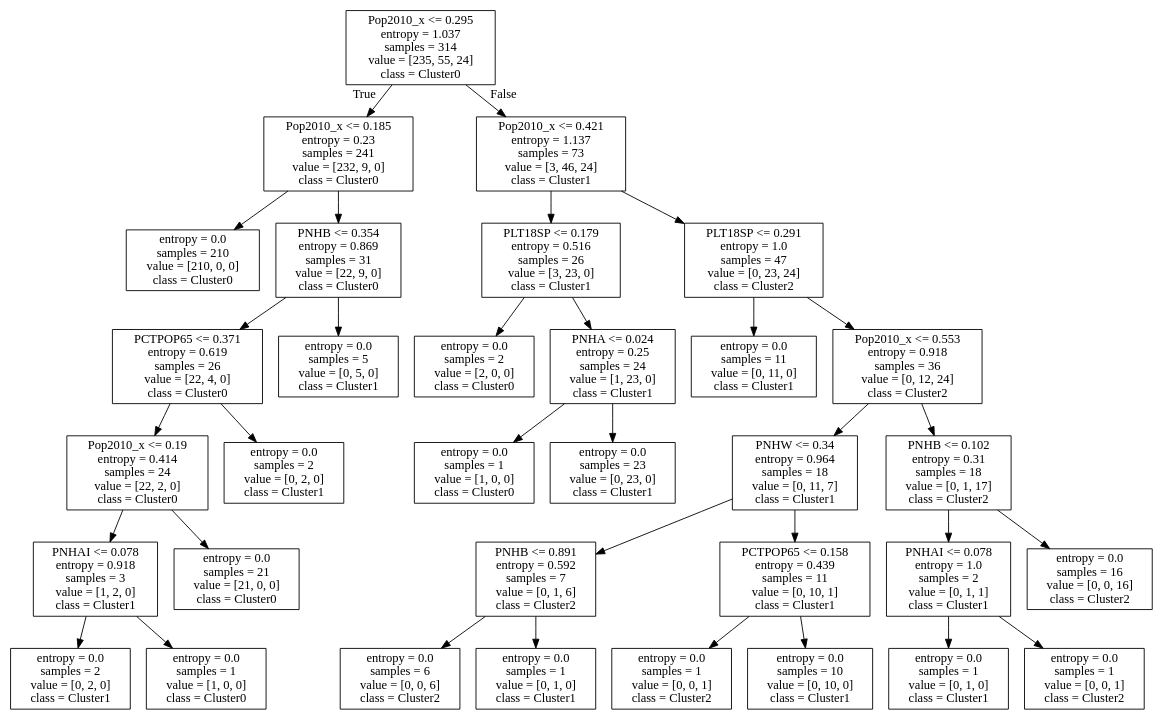
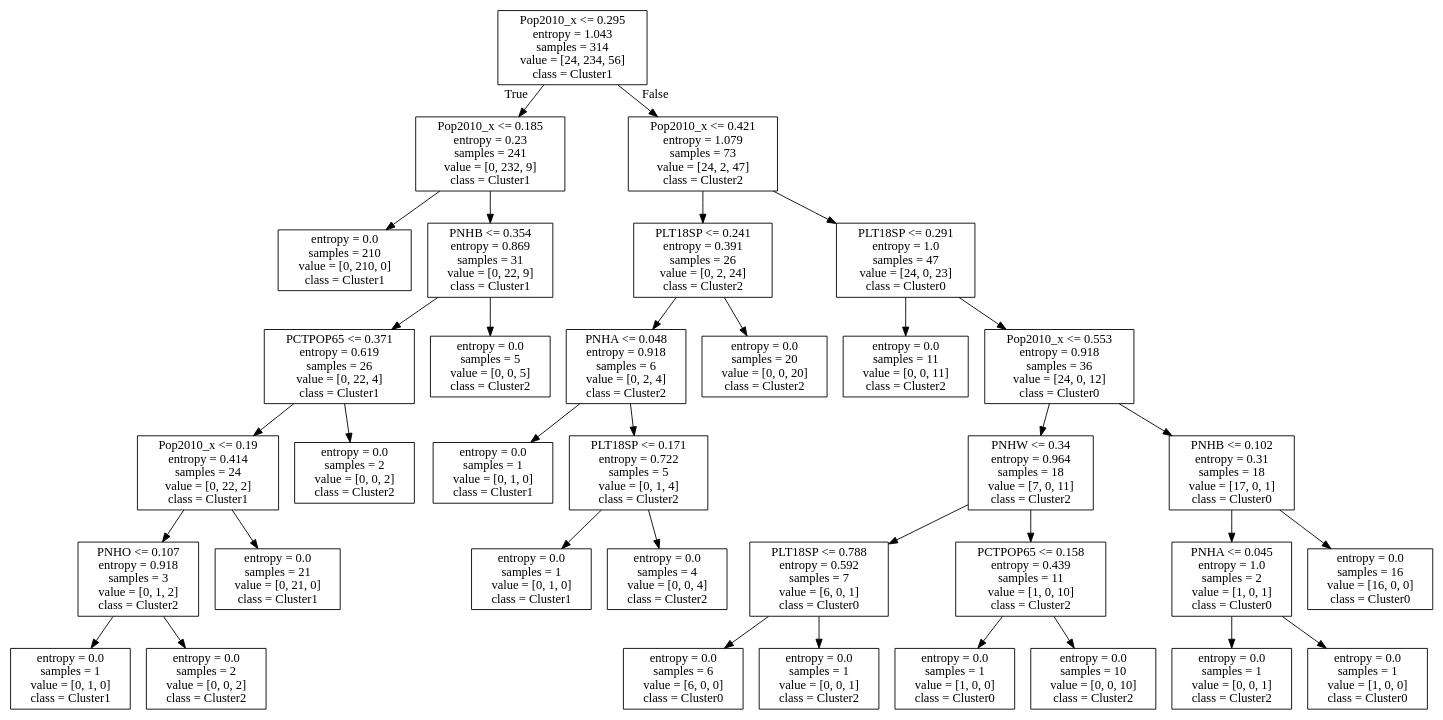
Before and after one commit to arunkulkarni95/COSC467_FinalProject: the diagram in tree_entropy.dot, drawn with Graphviz. The commit also changed 19 other files, not shown here.

```diff
--- a/tree_entropy.dot
+++ b/tree_entropy.dot
@@ -1,68 +1,72 @@
 digraph Tree {
 node [shape=box] ;
-0 [label="Pop2010_x <= 0.295\nentropy = 1.037\nsamples = 314\nvalue = [235, 55, 24]\nclass = Cluster0"] ;
-1 [label="Pop2010_x <= 0.185\nentropy = 0.23\nsamples = 241\nvalue = [232, 9, 0]\nclass = Cluster0"] ;
+0 [label="Pop2010_x <= 0.295\nentropy = 1.043\nsamples = 314\nvalue = [24, 234, 56]\nclass = Cluster1"] ;
+1 [label="Pop2010_x <= 0.185\nentropy = 0.23\nsamples = 241\nvalue = [0, 232, 9]\nclass = Cluster1"] ;
 0 -> 1 [labeldistance=2.5, labelangle=45, headlabel="True"] ;
-2 [label="entropy = 0.0\nsamples = 210\nvalue = [210, 0, 0]\nclass = Cluster0"] ;
+2 [label="entropy = 0.0\nsamples = 210\nvalue = [0, 210, 0]\nclass = Cluster1"] ;
 1 -> 2 ;
-3 [label="PNHB <= 0.354\nentropy = 0.869\nsamples = 31\nvalue = [22, 9, 0]\nclass = Cluster0"] ;
+3 [label="PNHB <= 0.354\nentropy = 0.869\nsamples = 31\nvalue = [0, 22, 9]\nclass = Cluster1"] ;
 1 -> 3 ;
-4 [label="PCTPOP65 <= 0.371\nentropy = 0.619\nsamples = 26\nvalue = [22, 4, 0]\nclass = Cluster0"] ;
+4 [label="PCTPOP65 <= 0.371\nentropy = 0.619\nsamples = 26\nvalue = [0, 22, 4]\nclass = Cluster1"] ;
 3 -> 4 ;
-5 [label="Pop2010_x <= 0.19\nentropy = 0.414\nsamples = 24\nvalue = [22, 2, 0]\nclass = Cluster0"] ;
+5 [label="Pop2010_x <= 0.19\nentropy = 0.414\nsamples = 24\nvalue = [0, 22, 2]\nclass = Cluster1"] ;
 4 -> 5 ;
-6 [label="PNHAI <= 0.078\nentropy = 0.918\nsamples = 3\nvalue = [1, 2, 0]\nclass = Cluster1"] ;
+6 [label="PNHO <= 0.107\nentropy = 0.918\nsamples = 3\nvalue = [0, 1, 2]\nclass = Cluster2"] ;
 5 -> 6 ;
-7 [label="entropy = 0.0\nsamples = 2\nvalue = [0, 2, 0]\nclass = Cluster1"] ;
+7 [label="entropy = 0.0\nsamples = 1\nvalue = [0, 1, 0]\nclass = Cluster1"] ;
 6 -> 7 ;
-8 [label="entropy = 0.0\nsamples = 1\nvalue = [1, 0, 0]\nclass = Cluster0"] ;
+8 [label="entropy = 0.0\nsamples = 2\nvalue = [0, 0, 2]\nclass = Cluster2"] ;
 6 -> 8 ;
-9 [label="entropy = 0.0\nsamples = 21\nvalue = [21, 0, 0]\nclass = Cluster0"] ;
+9 [label="entropy = 0.0\nsamples = 21\nvalue = [0, 21, 0]\nclass = Cluster1"] ;
 5 -> 9 ;
-10 [label="entropy = 0.0\nsamples = 2\nvalue = [0, 2, 0]\nclass = Cluster1"] ;
+10 [label="entropy = 0.0\nsamples = 2\nvalue = [0, 0, 2]\nclass = Cluster2"] ;
 4 -> 10 ;
-11 [label="entropy = 0.0\nsamples = 5\nvalue = [0, 5, 0]\nclass = Cluster1"] ;
+11 [label="entropy = 0.0\nsamples = 5\nvalue = [0, 0, 5]\nclass = Cluster2"] ;
 3 -> 11 ;
-12 [label="Pop2010_x <= 0.421\nentropy = 1.137\nsamples = 73\nvalue = [3, 46, 24]\nclass = Cluster1"] ;
+12 [label="Pop2010_x <= 0.421\nentropy = 1.079\nsamples = 73\nvalue = [24, 2, 47]\nclass = Cluster2"] ;
 0 -> 12 [labeldistance=2.5, labelangle=-45, headlabel="False"] ;
-13 [label="PLT18SP <= 0.179\nentropy = 0.516\nsamples = 26\nvalue = [3, 23, 0]\nclass = Cluster1"] ;
+13 [label="PLT18SP <= 0.241\nentropy = 0.391\nsamples = 26\nvalue = [0, 2, 24]\nclass = Cluster2"] ;
 12 -> 13 ;
-14 [label="entropy = 0.0\nsamples = 2\nvalue = [2, 0, 0]\nclass = Cluster0"] ;
+14 [label="PNHA <= 0.048\nentropy = 0.918\nsamples = 6\nvalue = [0, 2, 4]\nclass = Cluster2"] ;
 13 -> 14 ;
-15 [label="PNHA <= 0.024\nentropy = 0.25\nsamples = 24\nvalue = [1, 23, 0]\nclass = Cluster1"] ;
-13 -> 15 ;
-16 [label="entropy = 0.0\nsamples = 1\nvalue = [1, 0, 0]\nclass = Cluster0"] ;
-15 -> 16 ;
-17 [label="entropy = 0.0\nsamples = 23\nvalue = [0, 23, 0]\nclass = Cluster1"] ;
-15 -> 17 ;
-18 [label="PLT18SP <= 0.291\nentropy = 1.0\nsamples = 47\nvalue = [0, 23, 24]\nclass = Cluster2"] ;
-12 -> 18 ;
-19 [label="entropy = 0.0\nsamples = 11\nvalue = [0, 11, 0]\nclass = Cluster1"] ;
-18 -> 19 ;
-20 [label="Pop2010_x <= 0.553\nentropy = 0.918\nsamples = 36\nvalue = [0, 12, 24]\nclass = Cluster2"] ;
-18 -> 20 ;
-21 [label="PNHW <= 0.34\nentropy = 0.964\nsamples = 18\nvalue = [0, 11, 7]\nclass = Cluster1"] ;
+15 [label="entropy = 0.0\nsamples = 1\nvalue = [0, 1, 0]\nclass = Cluster1"] ;
+14 -> 15 ;
+16 [label="PLT18SP <= 0.171\nentropy = 0.722\nsamples = 5\nvalue = [0, 1, 4]\nclass = Cluster2"] ;
+14 -> 16 ;
+17 [label="entropy = 0.0\nsamples = 1\nvalue = [0, 1, 0]\nclass = Cluster1"] ;
+16 -> 17 ;
+18 [label="entropy = 0.0\nsamples = 4\nvalue = [0, 0, 4]\nclass = Cluster2"] ;
+16 -> 18 ;
+19 [label="entropy = 0.0\nsamples = 20\nvalue = [0, 0, 20]\nclass = Cluster2"] ;
+13 -> 19 ;
+20 [label="PLT18SP <= 0.291\nentropy = 1.0\nsamples = 47\nvalue = [24, 0, 23]\nclass = Cluster0"] ;
+12 -> 20 ;
+21 [label="entropy = 0.0\nsamples = 11\nvalue = [0, 0, 11]\nclass = Cluster2"] ;
 20 -> 21 ;
-22 [label="PNHB <= 0.891\nentropy = 0.592\nsamples = 7\nvalue = [0, 1, 6]\nclass = Cluster2"] ;
-21 -> 22 ;
-23 [label="entropy = 0.0\nsamples = 6\nvalue = [0, 0, 6]\nclass = Cluster2"] ;
+22 [label="Pop2010_x <= 0.553\nentropy = 0.918\nsamples = 36\nvalue = [24, 0, 12]\nclass = Cluster0"] ;
+20 -> 22 ;
+23 [label="PNHW <= 0.34\nentropy = 0.964\nsamples = 18\nvalue = [7, 0, 11]\nclass = Cluster2"] ;
 22 -> 23 ;
-24 [label="entropy = 0.0\nsamples = 1\nvalue = [0, 1, 0]\nclass = Cluster1"] ;
-22 -> 24 ;
-25 [label="PCTPOP65 <= 0.158\nentropy = 0.439\nsamples = 11\nvalue = [0, 10, 1]\nclass = Cluster1"] ;
-21 -> 25 ;
+24 [label="PLT18SP <= 0.788\nentropy = 0.592\nsamples = 7\nvalue = [6, 0, 1]\nclass = Cluster0"] ;
+23 -> 24 ;
+25 [label="entropy = 0.0\nsamples = 6\nvalue = [6, 0, 0]\nclass = Cluster0"] ;
+24 -> 25 ;
 26 [label="entropy = 0.0\nsamples = 1\nvalue = [0, 0, 1]\nclass = Cluster2"] ;
-25 -> 26 ;
-27 [label="entropy = 0.0\nsamples = 10\nvalue = [0, 10, 0]\nclass = Cluster1"] ;
-25 -> 27 ;
-28 [label="PNHB <= 0.102\nentropy = 0.31\nsamples = 18\nvalue = [0, 1, 17]\nclass = Cluster2"] ;
-20 -> 28 ;
-29 [label="PNHAI <= 0.078\nentropy = 1.0\nsamples = 2\nvalue = [0, 1, 1]\nclass = Cluster1"] ;
-28 -> 29 ;
-30 [label="entropy = 0.0\nsamples = 1\nvalue = [0, 1, 0]\nclass = Cluster1"] ;
-29 -> 30 ;
-31 [label="entropy = 0.0\nsamples = 1\nvalue = [0, 0, 1]\nclass = Cluster2"] ;
-29 -> 31 ;
-32 [label="entropy = 0.0\nsamples = 16\nvalue = [0, 0, 16]\nclass = Cluster2"] ;
-28 -> 32 ;
+24 -> 26 ;
+27 [label="PCTPOP65 <= 0.158\nentropy = 0.439\nsamples = 11\nvalue = [1, 0, 10]\nclass = Cluster2"] ;
+23 -> 27 ;
+28 [label="entropy = 0.0\nsamples = 1\nvalue = [1, 0, 0]\nclass = Cluster0"] ;
+27 -> 28 ;
+29 [label="entropy = 0.0\nsamples = 10\nvalue = [0, 0, 10]\nclass = Cluster2"] ;
+27 -> 29 ;
+30 [label="PNHB <= 0.102\nentropy = 0.31\nsamples = 18\nvalue = [17, 0, 1]\nclass = Cluster0"] ;
+22 -> 30 ;
+31 [label="PNHA <= 0.045\nentropy = 1.0\nsamples = 2\nvalue = [1, 0, 1]\nclass = Cluster0"] ;
+30 -> 31 ;
+32 [label="entropy = 0.0\nsamples = 1\nvalue = [0, 0, 1]\nclass = Cluster2"] ;
+31 -> 32 ;
+33 [label="entropy = 0.0\nsamples = 1\nvalue = [1, 0, 0]\nclass = Cluster0"] ;
+31 -> 33 ;
+34 [label="entropy = 0.0\nsamples = 16\nvalue = [16, 0, 0]\nclass = Cluster0"] ;
+30 -> 34 ;
 }
```
